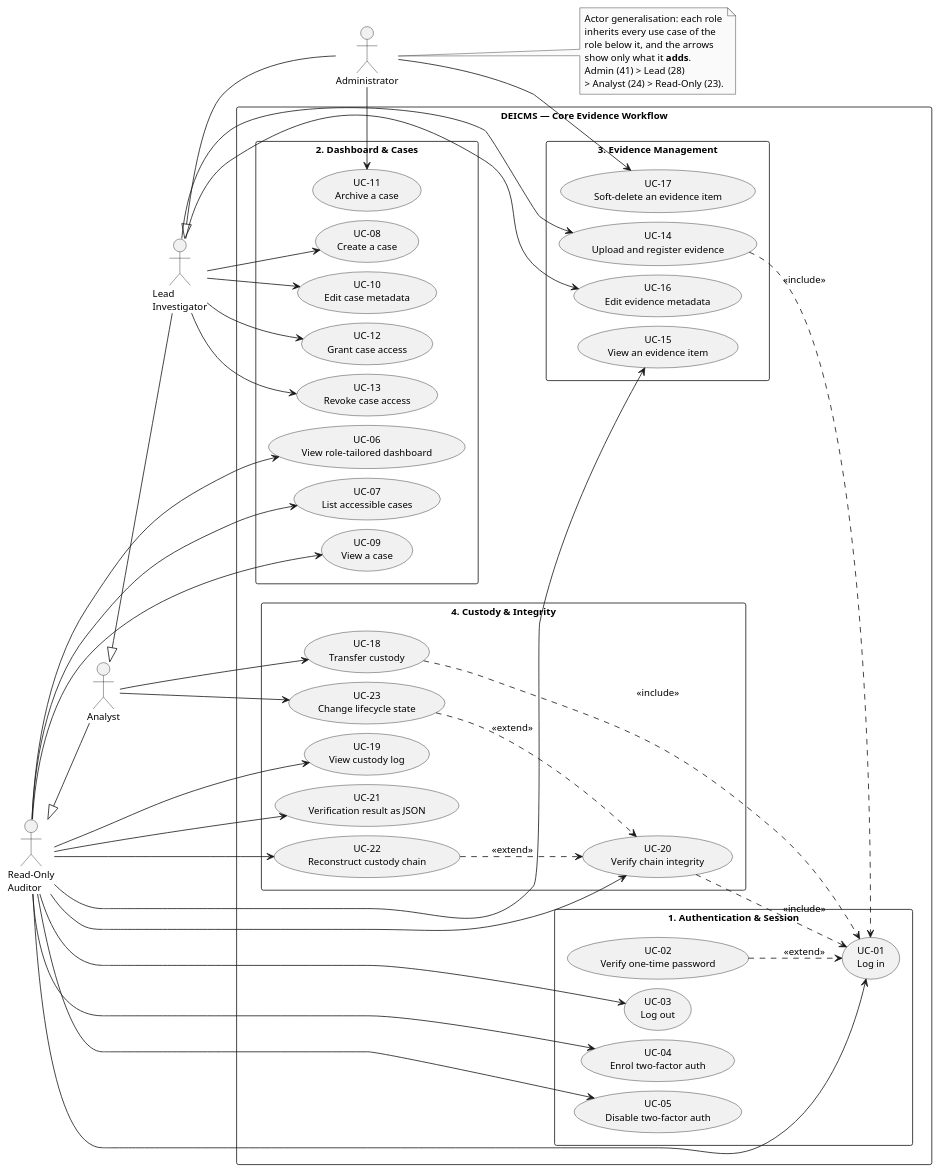
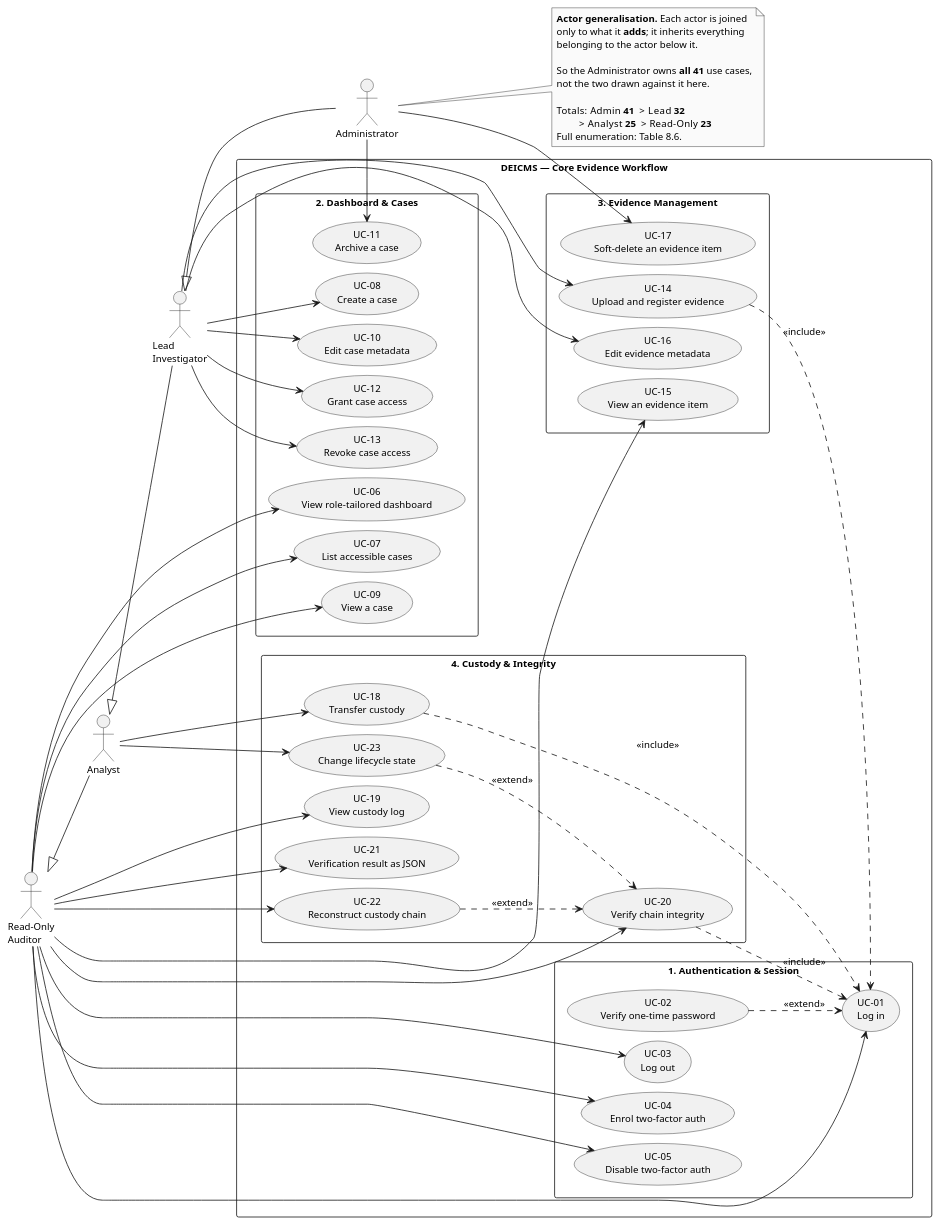
Before and after one commit to vidhyaharini0/DEICMS: the diagram in diagrams_plantuml/01_use_case_core.puml, drawn with PlantUML. The commit also changed 5 other files, not shown here.

Commit message:
Correct per-role use-case counts (Lead 32, Analyst 25); enumerate every use case per role; clarify that actor generalisation shows increments not totals

```diff
--- a/diagrams_plantuml/01_use_case_core.puml
+++ b/diagrams_plantuml/01_use_case_core.puml
@@ -1,105 +1,109 @@
 @startuml
 ' Figure 8.1 - Use Case Diagram (a): Authentication, Cases, Evidence, Custody
 skinparam monochrome true
 skinparam shadowing false
 skinparam defaultFontName Arial
 skinparam defaultFontSize 12
 skinparam backgroundColor white
 skinparam packageStyle rectangle
 left to right direction
 skinparam nodesep 12
 skinparam ranksep 40
 
 actor "Read-Only\nAuditor" as RO
 actor "Analyst" as ANA
 actor "Lead\nInvestigator" as LEAD
 actor "Administrator" as ADM
 
 ANA  -up-|> RO
 LEAD -up-|> ANA
 ADM  -up-|> LEAD
 
 rectangle "DEICMS — Core Evidence Workflow" {
 
   package "1. Authentication & Session" {
     usecase "UC-01\nLog in" as U01
     usecase "UC-02\nVerify one-time password" as U02
     usecase "UC-03\nLog out" as U03
     usecase "UC-04\nEnrol two-factor auth" as U04
     usecase "UC-05\nDisable two-factor auth" as U05
   }
 
   package "2. Dashboard & Cases" {
     usecase "UC-06\nView role-tailored dashboard" as U06
     usecase "UC-07\nList accessible cases" as U07
     usecase "UC-09\nView a case" as U09
     usecase "UC-08\nCreate a case" as U08
     usecase "UC-10\nEdit case metadata" as U10
     usecase "UC-12\nGrant case access" as U12
     usecase "UC-13\nRevoke case access" as U13
     usecase "UC-11\nArchive a case" as U11
   }
 
   package "3. Evidence Management" {
     usecase "UC-15\nView an evidence item" as U15
     usecase "UC-14\nUpload and register evidence" as U14
     usecase "UC-16\nEdit evidence metadata" as U16
     usecase "UC-17\nSoft-delete an evidence item" as U17
   }
 
   package "4. Custody & Integrity" {
     usecase "UC-19\nView custody log" as U19
     usecase "UC-20\nVerify chain integrity" as U20
     usecase "UC-21\nVerification result as JSON" as U21
     usecase "UC-22\nReconstruct custody chain" as U22
     usecase "UC-18\nTransfer custody" as U18
     usecase "UC-23\nChange lifecycle state" as U23
   }
 }
 
 ' Read-Only Auditor - the base capability set
 RO --> U01
 RO --> U03
 RO --> U04
 RO --> U05
 RO --> U06
 RO --> U07
 RO --> U09
 RO --> U15
 RO --> U19
 RO --> U20
 RO --> U21
 RO --> U22
 
 ' Analyst adds custody participation
 ANA --> U18
 ANA --> U23
 
 ' Lead Investigator adds case and evidence management
 LEAD --> U08
 LEAD --> U10
 LEAD --> U12
 LEAD --> U13
 LEAD --> U14
 LEAD --> U16
 
 ' Administrator adds the destructive operations
 ADM --> U11
 ADM --> U17
 
 U02 ..> U01 : <<extend>>
 U14 ..> U01 : <<include>>
 U18 ..> U01 : <<include>>
 U20 ..> U01 : <<include>>
 U22 ..> U20 : <<extend>>
 U23 ..> U20 : <<extend>>
 
 note right of ADM
-  Actor generalisation: each role
-  inherits every use case of the
-  role below it, and the arrows
-  show only what it <b>adds</b>.
-  Admin (41) > Lead (28)
-  > Analyst (24) > Read-Only (23).
+  <b>Actor generalisation.</b> Each actor is joined
+  only to what it <b>adds</b>; it inherits everything
+  belonging to the actor below it.
+
+  So the Administrator owns <b>all 41</b> use cases,
+  not the two drawn against it here.
+
+  Totals:  Admin <b>41</b>  >  Lead <b>32</b>
+           >  Analyst <b>25</b>  >  Read-Only <b>23</b>
+  Full enumeration: Table 8.6.
 end note
 @enduml
```
